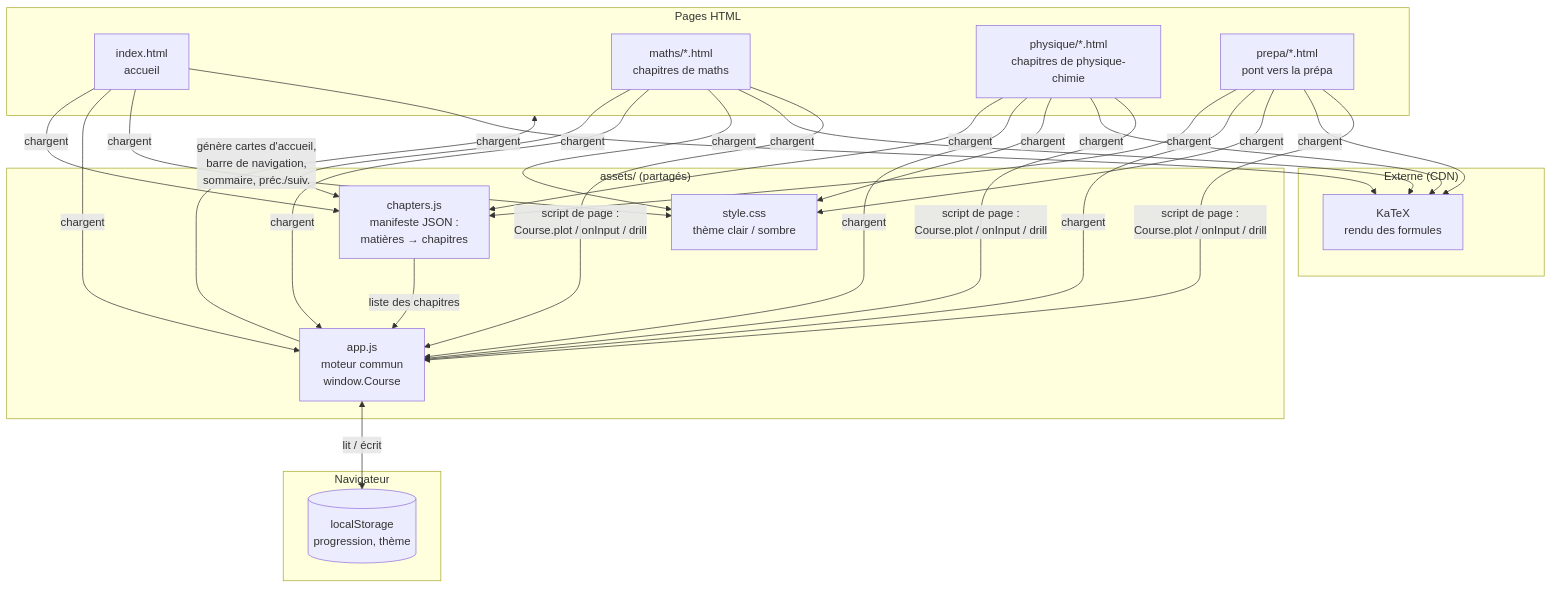
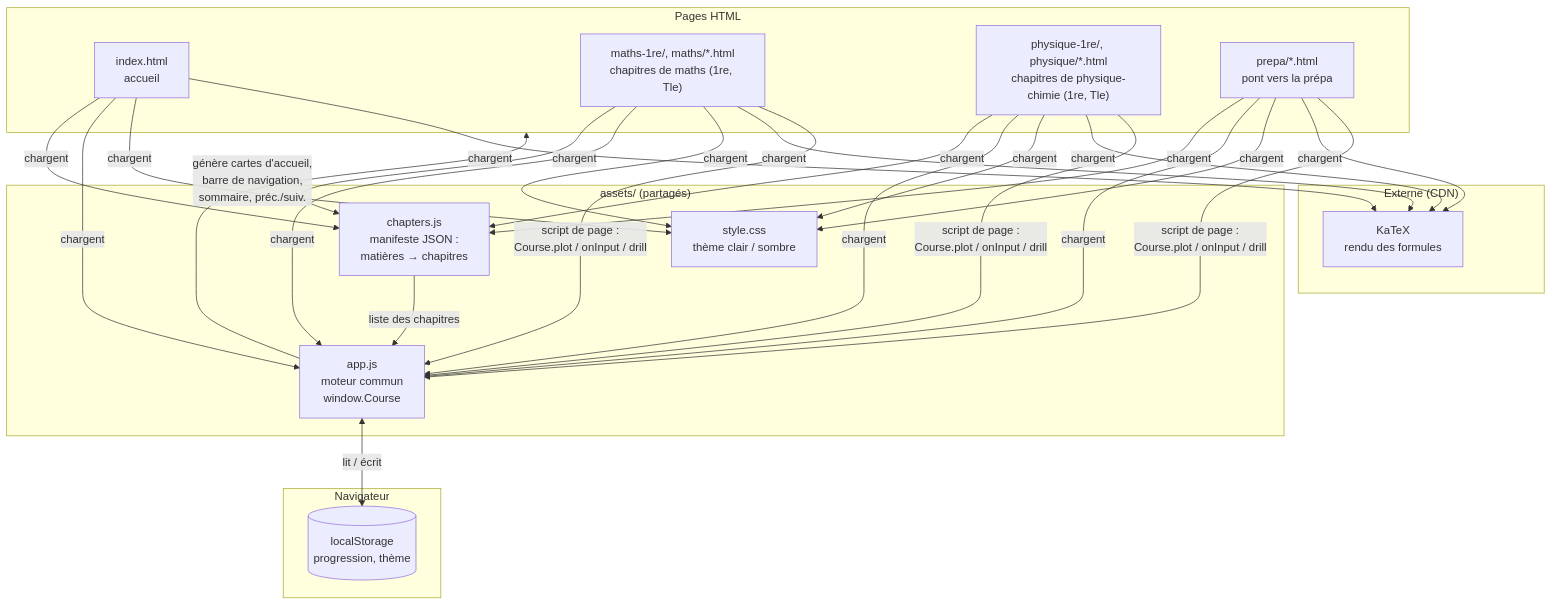
The first of 3 diagrams in README.md (aminsomo/remise-a-niveau-maths), drawn with Mermaid before and after one commit. The commit also changed other lines of this file and 37 other files, not shown here.

First line of the commit message:
Première STI2D : 28 chapitres de maths et de physique-chimie

````diff
--- a/README.md
+++ b/README.md
@@ -27,29 +35,29 @@
 ```mermaid
 flowchart TB
     subgraph Pages["Pages HTML"]
         IDX["index.html<br/>accueil"]
-        M["maths/*.html<br/>chapitres de maths"]
-        PH["physique/*.html<br/>chapitres de physique-chimie"]
+        M["maths-1re/, maths/*.html<br/>chapitres de maths (1re, Tle)"]
+        PH["physique-1re/, physique/*.html<br/>chapitres de physique-chimie (1re, Tle)"]
         PR["prepa/*.html<br/>pont vers la prépa"]
     end
 
     subgraph Assets["assets/ (partagés)"]
         MAN["chapters.js<br/>manifeste JSON :<br/>matières → chapitres"]
         APP["app.js<br/>moteur commun<br/>window.Course"]
         CSS["style.css<br/>thème clair / sombre"]
     end
 
     subgraph Ext["Externe (CDN)"]
         KTX["KaTeX<br/>rendu des formules"]
     end
 
     subgraph Nav["Navigateur"]
         LS[("localStorage<br/>progression, thème")]
     end
 
     IDX & M & PH & PR -->|chargent| MAN & APP & CSS & KTX
     MAN -->|liste des chapitres| APP
     APP -->|génère cartes d'accueil,<br/>barre de navigation,<br/>sommaire, préc./suiv.| Pages
     APP <-->|lit / écrit| LS
     M & PH & PR -->|script de page :<br/>Course.plot / onInput / drill| APP
 ```
````
